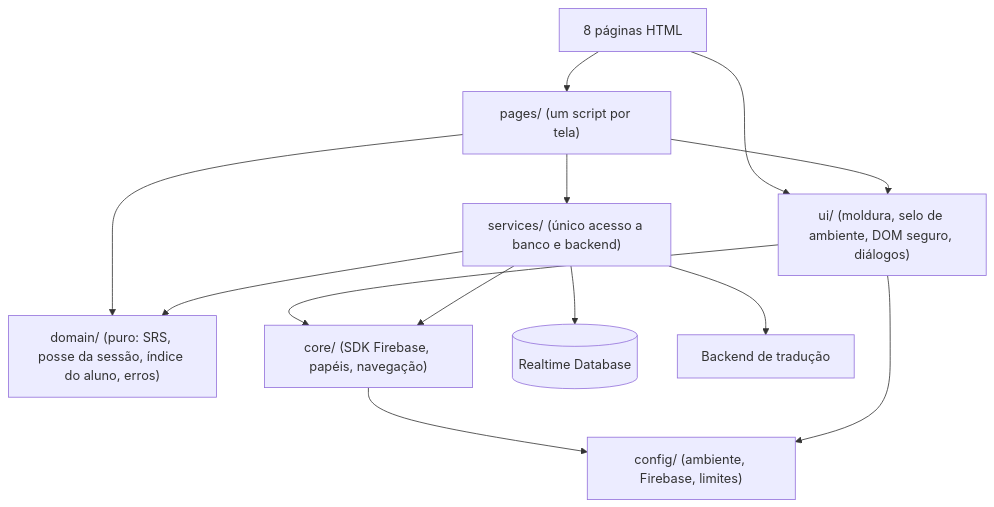
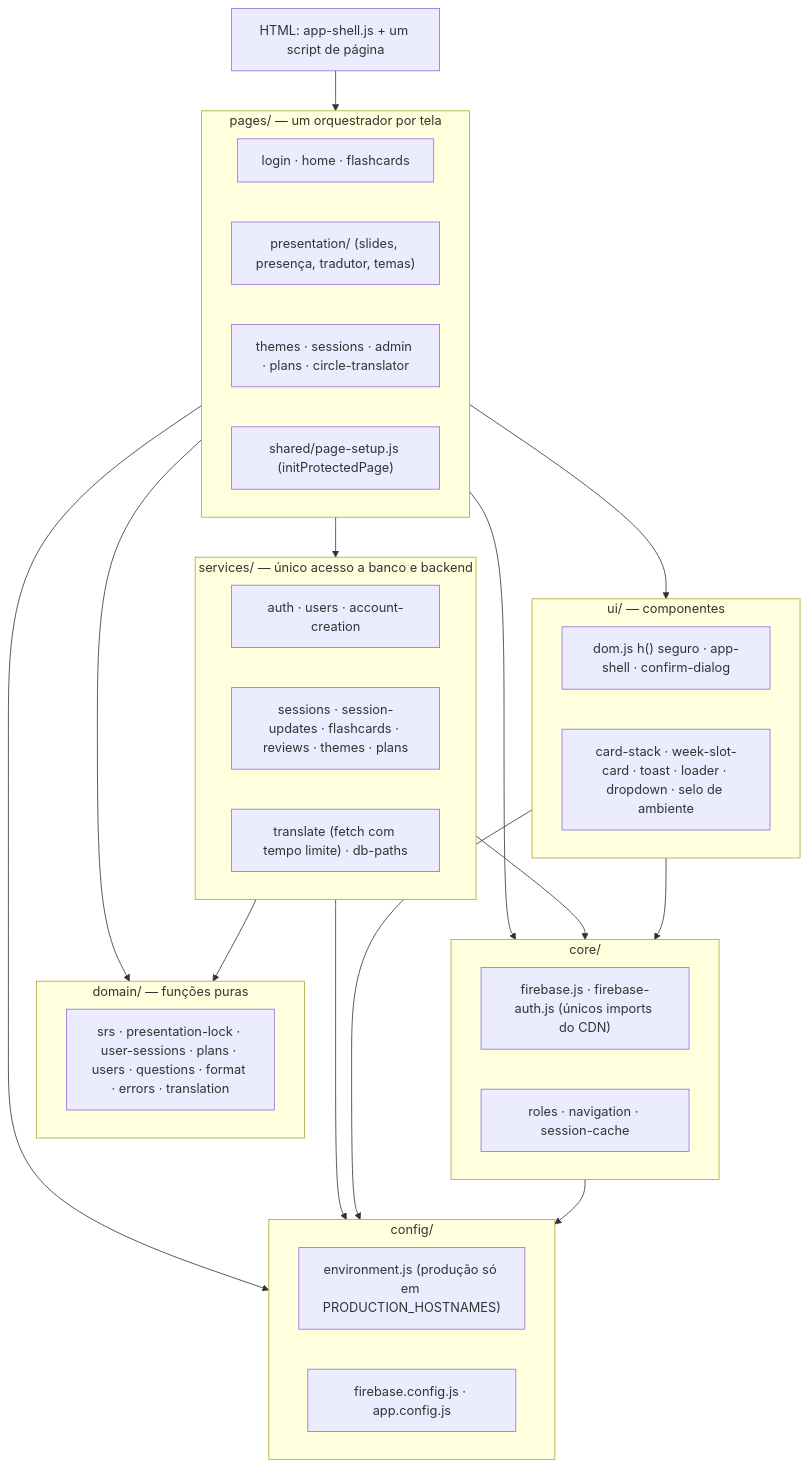
One commit to Lucas-Sperotto/fluencircle-website changed the third of 19 diagrams in docs/diagramas/DIAGRAMAS.md. Above: the diagram before and after it, drawn with Mermaid. The commit also changed other lines of this file, not shown here.

First line of the commit message:
docs(diagrams): 14 required views plus complements, checked against code

````diff
--- a/docs/diagramas/DIAGRAMAS.md
+++ b/docs/diagramas/DIAGRAMAS.md
@@ -32,15 +77,41 @@
 ```mermaid
 flowchart TB
-    HTML["8 páginas HTML"] --> PAGES["pages/ (um script por tela)"]
-    HTML --> UI["ui/ (moldura, selo de ambiente, DOM seguro, diálogos)"]
+    HTML["HTML: app-shell.js + um script de página"] --> PAGES
+    subgraph PAGES["pages/ — um orquestrador por tela"]
+        P1["login · home · flashcards"]
+        P2["presentation/ (slides, presença, tradutor, temas)"]
+        P3["themes · sessions · admin · plans · circle-translator"]
+        P4["shared/page-setup.js (initProtectedPage)"]
+    end
+    subgraph UI["ui/ — componentes"]
+        U1["dom.js h() seguro · app-shell · confirm-dialog"]
+        U2["card-stack · week-slot-card · toast · loader · dropdown · selo de ambiente"]
+    end
+    subgraph SERVICES["services/ — único acesso a banco e backend"]
+        S1["auth · users · account-creation"]
+        S2["sessions · session-updates · flashcards · reviews · themes · plans"]
+        S3["translate (fetch com tempo limite) · db-paths"]
+    end
+    subgraph DOMAIN["domain/ — funções puras"]
+        D1["srs · presentation-lock · user-sessions · plans · users · questions · format · errors · translation"]
+    end
+    subgraph CORE["core/"]
+        C1["firebase.js · firebase-auth.js (únicos imports do CDN)"]
+        C2["roles · navigation · session-cache"]
+    end
+    subgraph CONFIG["config/"]
+        G1["environment.js (produção só em PRODUCTION_HOSTNAMES)"]
+        G2["firebase.config.js · app.config.js"]
+    end
     PAGES --> UI
-    PAGES --> DOMAIN["domain/ (puro: SRS, posse da sessão, índice do aluno, erros)"]
-    PAGES --> SERVICES["services/ (único acesso a banco e backend)"]
-    UI --> CORE["core/ (SDK Firebase, papéis, navegação)"]
+    PAGES --> SERVICES
+    PAGES --> DOMAIN
+    PAGES --> CORE
+    PAGES --> CONFIG
+    SERVICES --> DOMAIN
     SERVICES --> CORE
-    SERVICES --> DOMAIN
-    CORE --> CONFIG["config/ (ambiente, Firebase, limites)"]
+    SERVICES --> CONFIG
+    UI --> CORE
     UI --> CONFIG
-    SERVICES --> DB[("Realtime Database")]
-    SERVICES --> BACKEND["Backend de tradução"]
+    CORE --> CONFIG
 ```
````
